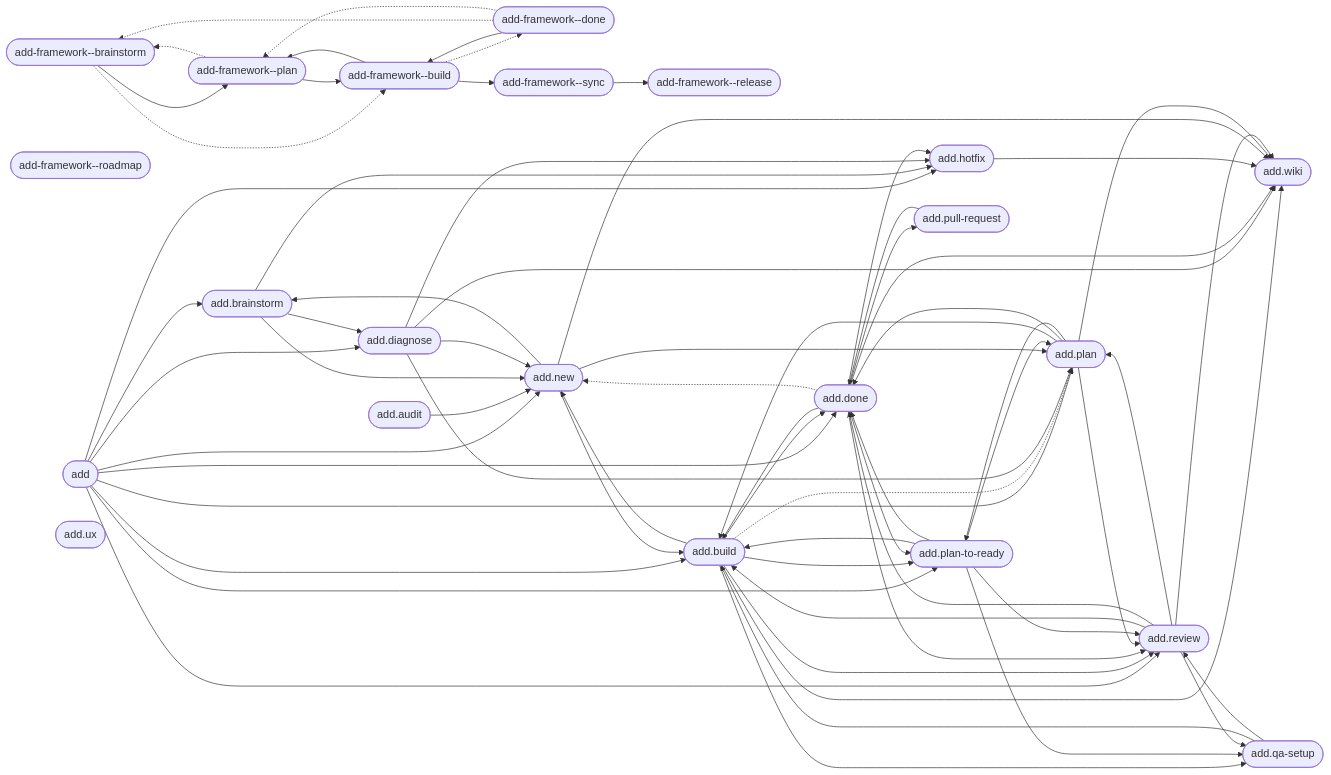
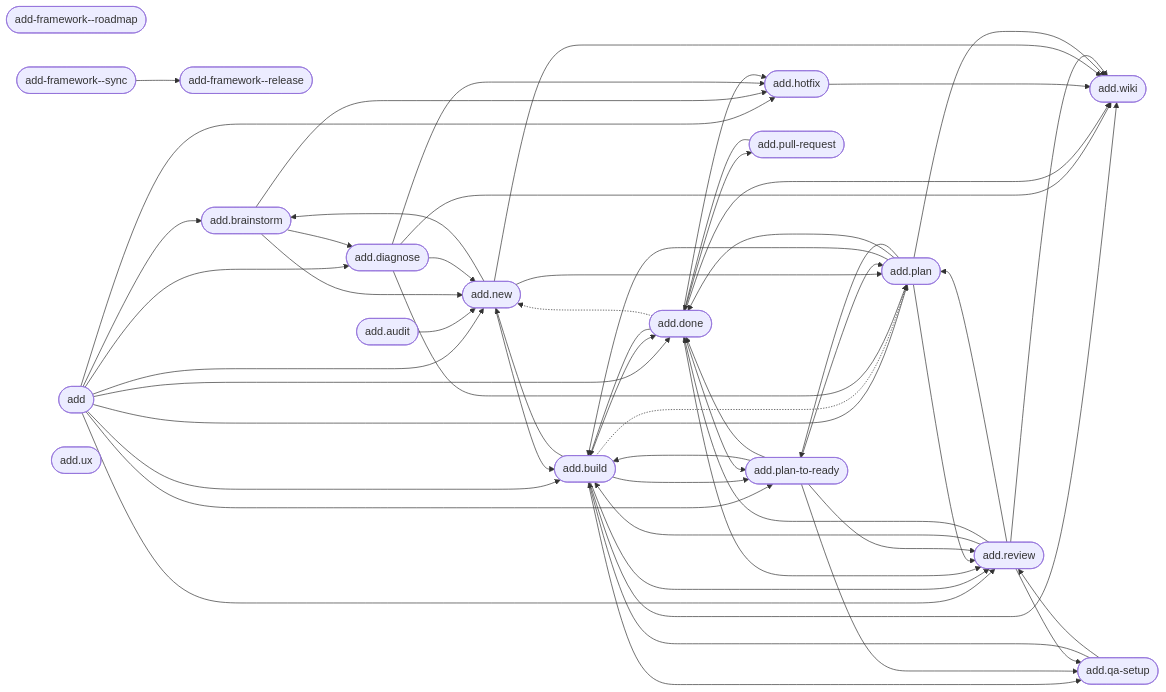
One commit to brabos-ai/code-addiction changed the diagram in web/public/artefact-graph.mmd. Above: the diagram before and after it, drawn with Mermaid.

Commit message:
docs(graph): regenerate the command diagram after the stages became skills
The docs profile renders commands only, so the four pipeline stages
leave it.

F-block: F8c

```diff
--- a/web/public/artefact-graph.mmd
+++ b/web/public/artefact-graph.mmd
@@ -1,88 +1,74 @@
 flowchart LR
-    n_internal_command_add_framework__brainstorm(["add-framework--brainstorm"])
-    n_internal_command_add_framework__build(["add-framework--build"])
-    n_internal_command_add_framework__done(["add-framework--done"])
-    n_internal_command_add_framework__plan(["add-framework--plan"])
     n_internal_command_add_framework__release(["add-framework--release"])
     n_internal_command_add_framework__roadmap(["add-framework--roadmap"])
     n_internal_command_add_framework__sync(["add-framework--sync"])
     n_product_command_add(["add"])
     n_product_command_add_audit(["add.audit"])
     n_product_command_add_brainstorm(["add.brainstorm"])
     n_product_command_add_build(["add.build"])
     n_product_command_add_diagnose(["add.diagnose"])
     n_product_command_add_done(["add.done"])
     n_product_command_add_hotfix(["add.hotfix"])
     n_product_command_add_new(["add.new"])
     n_product_command_add_plan(["add.plan"])
     n_product_command_add_plan_to_ready(["add.plan-to-ready"])
     n_product_command_add_pull_request(["add.pull-request"])
     n_product_command_add_qa_setup(["add.qa-setup"])
     n_product_command_add_review(["add.review"])
     n_product_command_add_ux(["add.ux"])
     n_product_command_add_wiki(["add.wiki"])
-    n_internal_command_add_framework__brainstorm --> n_internal_command_add_framework__plan
-    n_internal_command_add_framework__brainstorm -.-> n_internal_command_add_framework__build
-    n_internal_command_add_framework__build --> n_internal_command_add_framework__plan
-    n_internal_command_add_framework__build --> n_internal_command_add_framework__sync
-    n_internal_command_add_framework__build -.-> n_internal_command_add_framework__done
-    n_internal_command_add_framework__done --> n_internal_command_add_framework__build
-    n_internal_command_add_framework__done -.-> n_internal_command_add_framework__brainstorm
-    n_internal_command_add_framework__done -.-> n_internal_command_add_framework__plan
-    n_internal_command_add_framework__plan --> n_internal_command_add_framework__build
-    n_internal_command_add_framework__plan -.-> n_internal_command_add_framework__brainstorm
     n_internal_command_add_framework__sync --> n_internal_command_add_framework__release
     n_product_command_add --> n_product_command_add_brainstorm
     n_product_command_add --> n_product_command_add_build
     n_product_command_add --> n_product_command_add_diagnose
     n_product_command_add --> n_product_command_add_done
     n_product_command_add --> n_product_command_add_hotfix
     n_product_command_add --> n_product_command_add_new
     n_product_command_add --> n_product_command_add_plan
     n_product_command_add --> n_product_command_add_plan_to_ready
     n_product_command_add --> n_product_command_add_review
     n_product_command_add_audit --> n_product_command_add_new
     n_product_command_add_brainstorm --> n_product_command_add_diagnose
     n_product_command_add_brainstorm --> n_product_command_add_hotfix
     n_product_command_add_brainstorm --> n_product_command_add_new
     n_product_command_add_build --> n_product_command_add_done
     n_product_command_add_build --> n_product_command_add_new
     n_product_command_add_build --> n_product_command_add_plan_to_ready
     n_product_command_add_build --> n_product_command_add_qa_setup
     n_product_command_add_build --> n_product_command_add_review
     n_product_command_add_build --> n_product_command_add_wiki
     n_product_command_add_build -.-> n_product_command_add_plan
     n_product_command_add_diagnose --> n_product_command_add_hotfix
     n_product_command_add_diagnose --> n_product_command_add_new
     n_product_command_add_diagnose --> n_product_command_add_plan
     n_product_command_add_diagnose --> n_product_command_add_wiki
     n_product_command_add_done --> n_product_command_add_build
     n_product_command_add_done --> n_product_command_add_hotfix
     n_product_command_add_done --> n_product_command_add_plan_to_ready
     n_product_command_add_done --> n_product_command_add_pull_request
     n_product_command_add_done --> n_product_command_add_review
     n_product_command_add_done --> n_product_command_add_wiki
     n_product_command_add_done -.-> n_product_command_add_new
     n_product_command_add_hotfix --> n_product_command_add_wiki
     n_product_command_add_new --> n_product_command_add_brainstorm
     n_product_command_add_new --> n_product_command_add_build
     n_product_command_add_new --> n_product_command_add_plan
     n_product_command_add_new --> n_product_command_add_wiki
     n_product_command_add_plan --> n_product_command_add_build
     n_product_command_add_plan --> n_product_command_add_done
     n_product_command_add_plan --> n_product_command_add_plan_to_ready
     n_product_command_add_plan --> n_product_command_add_review
     n_product_command_add_plan --> n_product_command_add_wiki
     n_product_command_add_plan_to_ready --> n_product_command_add_build
     n_product_command_add_plan_to_ready --> n_product_command_add_done
     n_product_command_add_plan_to_ready --> n_product_command_add_plan
     n_product_command_add_plan_to_ready --> n_product_command_add_qa_setup
     n_product_command_add_plan_to_ready --> n_product_command_add_review
     n_product_command_add_pull_request --> n_product_command_add_done
     n_product_command_add_qa_setup --> n_product_command_add_build
     n_product_command_add_qa_setup --> n_product_command_add_review
     n_product_command_add_review --> n_product_command_add_build
     n_product_command_add_review --> n_product_command_add_done
     n_product_command_add_review --> n_product_command_add_plan
     n_product_command_add_review --> n_product_command_add_qa_setup
     n_product_command_add_review --> n_product_command_add_wiki
```
